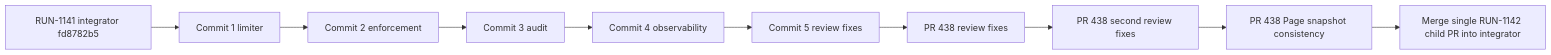
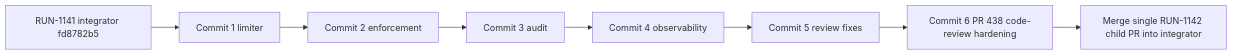
Before and after one commit to NeuralTrust/TrustGate: the diagram in openspec/changes/api-key-connect-security-observability/tasks.md, drawn with Mermaid. The commit also changed other lines of this file, not shown here.

Commit message:
docs(sdd): record final code review completion

````diff
--- a/openspec/changes/api-key-connect-security-observability/tasks.md
+++ b/openspec/changes/api-key-connect-security-observability/tasks.md
@@ -39,12 +39,10 @@
 ```mermaid
 flowchart LR
   B[RUN-1141 integrator fd8782b5] --> C1[Commit 1 limiter]
   C1 --> C2[Commit 2 enforcement]
   C2 --> C3[Commit 3 audit]
   C3 --> C4[Commit 4 observability]
   C4 --> C5[Commit 5 review fixes]
-  C5 --> C6[PR 438 review fixes]
-  C6 --> C7[PR 438 second review fixes]
-  C7 --> C8[PR 438 Page snapshot consistency]
-  C8 --> M[Merge single RUN-1142 child PR into integrator]
+  C5 --> C6[Commit 6 PR 438 code-review hardening]
+  C6 --> M[Merge single RUN-1142 child PR into integrator]
 ```
````
